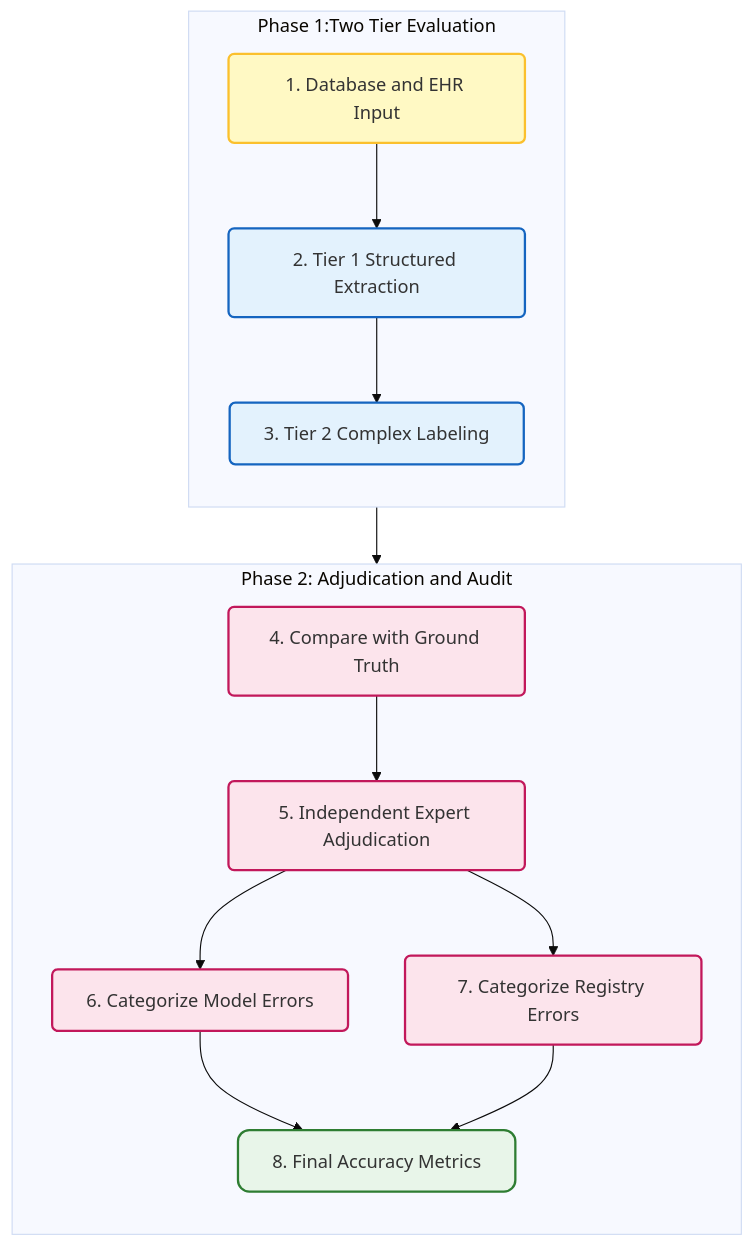
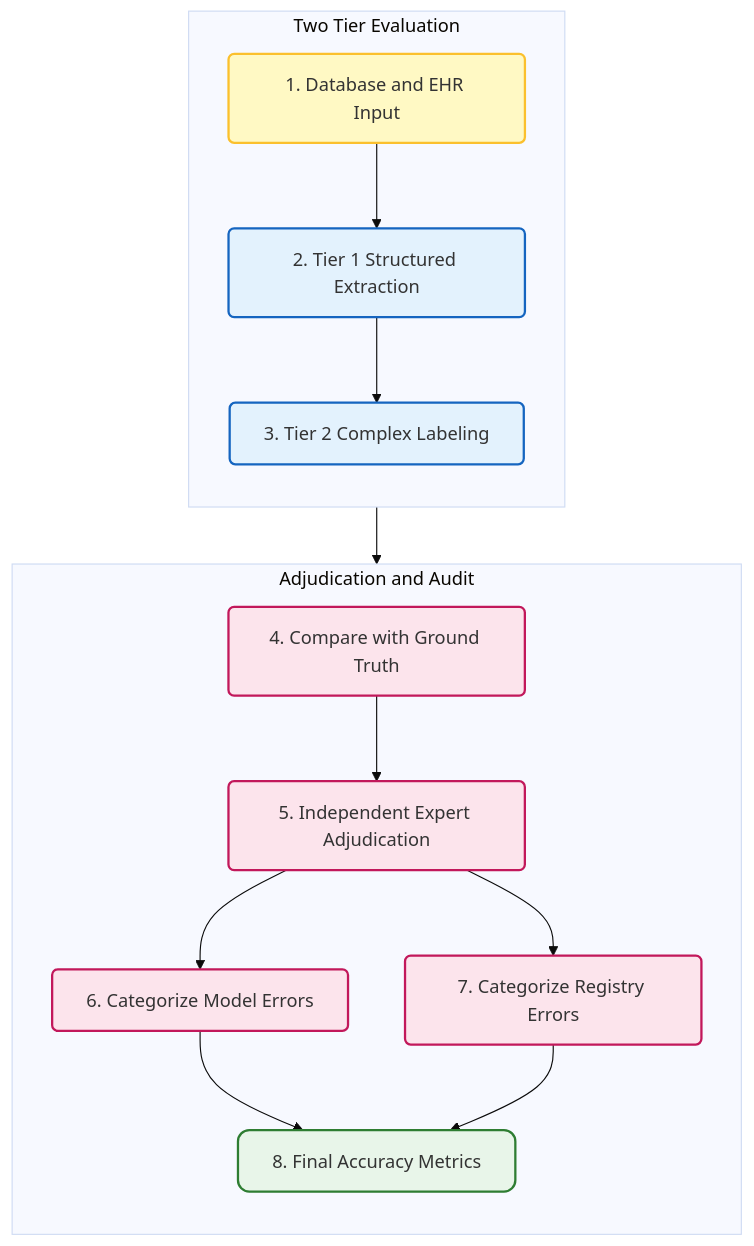
One commit to hhtrocket/HHT-Benchmark-dataset changed the third of 6 diagrams in Literature Review/brief report 3.md. Above: the diagram before and after it, drawn with Mermaid (base theme). The commit also changed other lines of this file, not shown here.

````diff
--- a/Literature Review/brief report 3.md
+++ b/Literature Review/brief report 3.md
@@ -136,33 +136,33 @@
 ```mermaid
 graph TD
     classDef phase1 fill:#e3f2fd,stroke:#1565c0,stroke-width:2px,rx:5,ry:5;
     classDef phase2 fill:#fce4ec,stroke:#c2185b,stroke-width:2px,rx:5,ry:5;
     classDef input fill:#fff9c4,stroke:#fbc02d,stroke-width:2px,rx:5,ry:5;
     classDef report fill:#e8f5e9,stroke:#2e7d32,stroke-width:2px,rx:10,ry:10;
 
-    subgraph Phase 1:Two Tier Evaluation
+    subgraph Two Tier Evaluation
         direction TB
         N1["1. Database and EHR Input"]:::input
         N2["2. Tier 1 Structured Extraction"]:::phase1
         N3["3. Tier 2 Complex Labeling"]:::phase1
         
         N1 --> N2
         N2 --> N3
     end
 
-    subgraph Phase 2: Adjudication and Audit
+    subgraph Adjudication and Audit
         direction TB
         N4["4. Compare with Ground Truth"]:::phase2
         N5["5. Independent Expert Adjudication"]:::phase2
         N6["6. Categorize Model Errors"]:::phase2
         N7["7. Categorize Registry Errors"]:::phase2
         N8["8. Final Accuracy Metrics"]:::report
         
         N4 --> N5
         N5 --> N6
         N5 --> N7
         N6 & N7 --> N8
     end
 
     N3 --> N4
 ```
````
